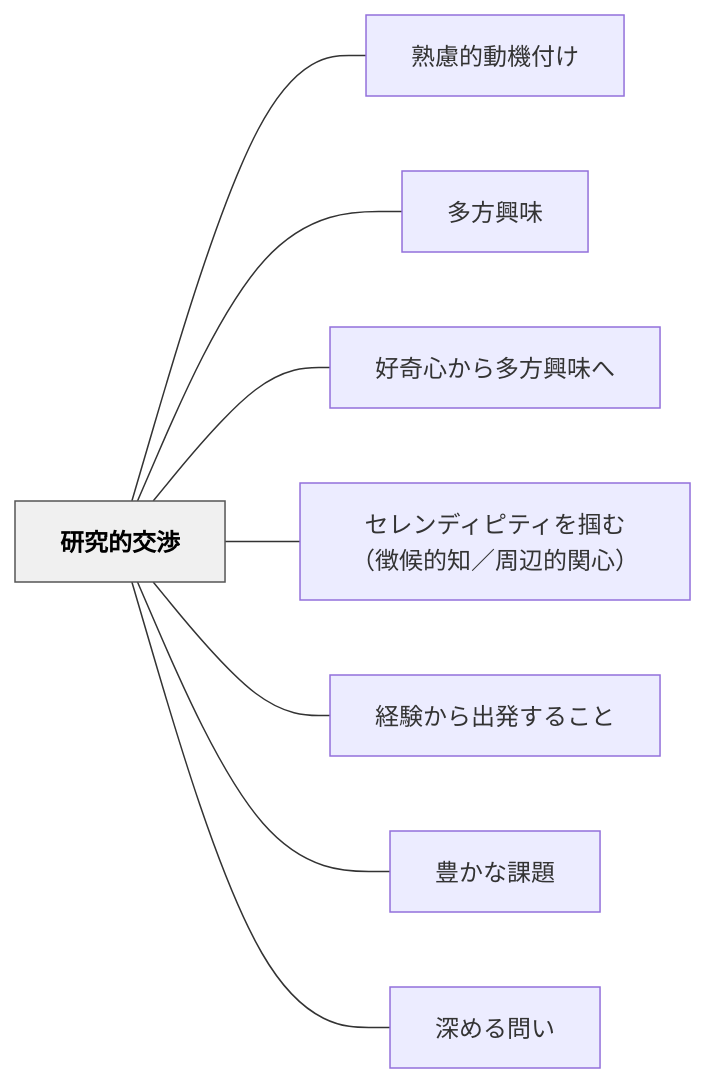
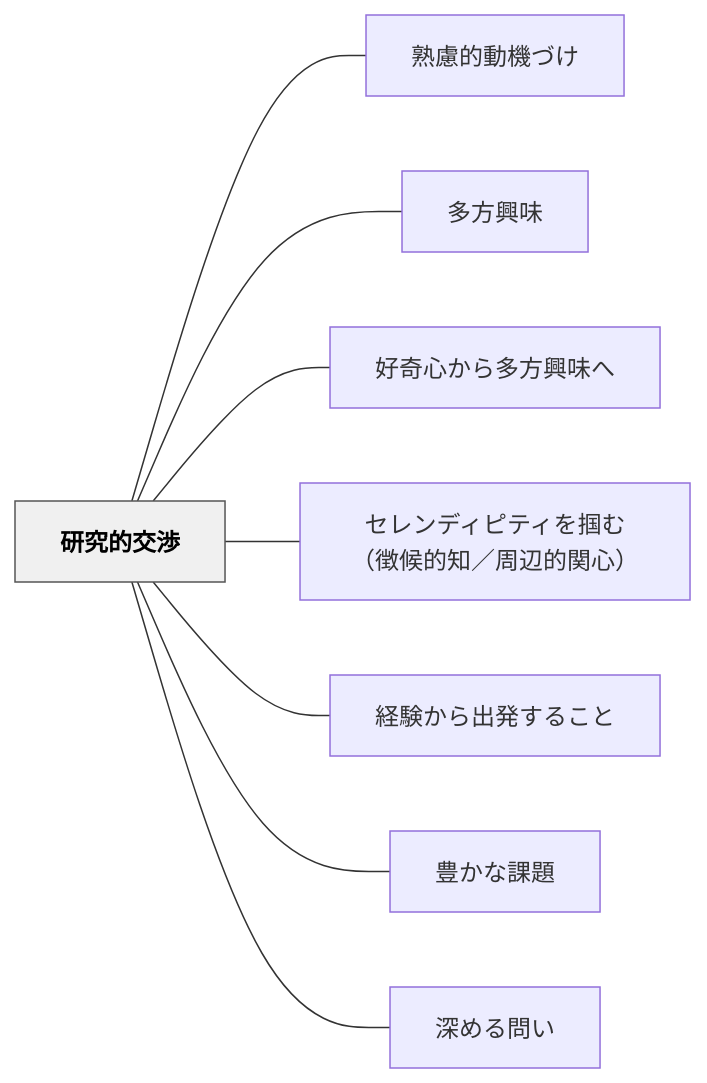
Before and after one commit to unknownthings-ed-patterns/unknownthings-ed-patterns: the diagram in content/パタン/研究的交渉.md, drawn with Mermaid. The commit also changed other lines of this file and 234 other files, not shown here.

````diff
--- a/content/パタン/研究的交渉.md
+++ b/content/パタン/研究的交渉.md
@@ -40,22 +40,22 @@
 ```mermaid
 flowchart LR
     ne7a094e7a9b6e79a84e4baa4e6b889["研究的交渉"]
-    ne7869fe685aee79a84e58b95e6a99fe4bb98e38191["熟慮的動機付け"]
+    ne7869fe685aee79a84e58b95e6a99fe381a5e38191["熟慮的動機づけ"]
     ne5a49ae696b9e88888e591b3["多方興味"]
     ne5a5bde5a587e5bf83e3818be38289e5a49ae696b9e88888e591b3e381b8["好奇心から多方興味へ"]
     ne382bbe383ace383b3e38387e382a3e38394e38386e382a3e38292e68eb4e38280efbc88e5beb4e58099e79a84e79fa5efbc8fe591a8e8bebae79a84e996a2e5bf83efbc89["セレンディピティを掴む（徴候的知／周辺的関心）"]
     ne7b58ce9a893e3818be38289e587bae799bae38199e3828be38193e381a8["経験から出発すること"]
     ne8b18ae3818be381aae8aab2e9a18c["豊かな課題"]
     ne6b7b1e38281e3828be5958fe38184["深める問い"]
 
-    ne7a094e7a9b6e79a84e4baa4e6b889 --- ne7869fe685aee79a84e58b95e6a99fe4bb98e38191
+    ne7a094e7a9b6e79a84e4baa4e6b889 --- ne7869fe685aee79a84e58b95e6a99fe381a5e38191
     ne7a094e7a9b6e79a84e4baa4e6b889 --- ne5a49ae696b9e88888e591b3
     ne7a094e7a9b6e79a84e4baa4e6b889 --- ne5a5bde5a587e5bf83e3818be38289e5a49ae696b9e88888e591b3e381b8
     ne7a094e7a9b6e79a84e4baa4e6b889 --- ne382bbe383ace383b3e38387e382a3e38394e38386e382a3e38292e68eb4e38280efbc88e5beb4e58099e79a84e79fa5efbc8fe591a8e8bebae79a84e996a2e5bf83efbc89
     ne7a094e7a9b6e79a84e4baa4e6b889 --- ne7b58ce9a893e3818be38289e587bae799bae38199e3828be38193e381a8
     ne7a094e7a9b6e79a84e4baa4e6b889 --- ne8b18ae3818be381aae8aab2e9a18c
     ne7a094e7a9b6e79a84e4baa4e6b889 --- ne6b7b1e38281e3828be5958fe38184
 
     classDef hub fill:#f0f0f0,stroke:#555,color:#000,font-weight:bold
     class ne7a094e7a9b6e79a84e4baa4e6b889 hub
 ```
````
